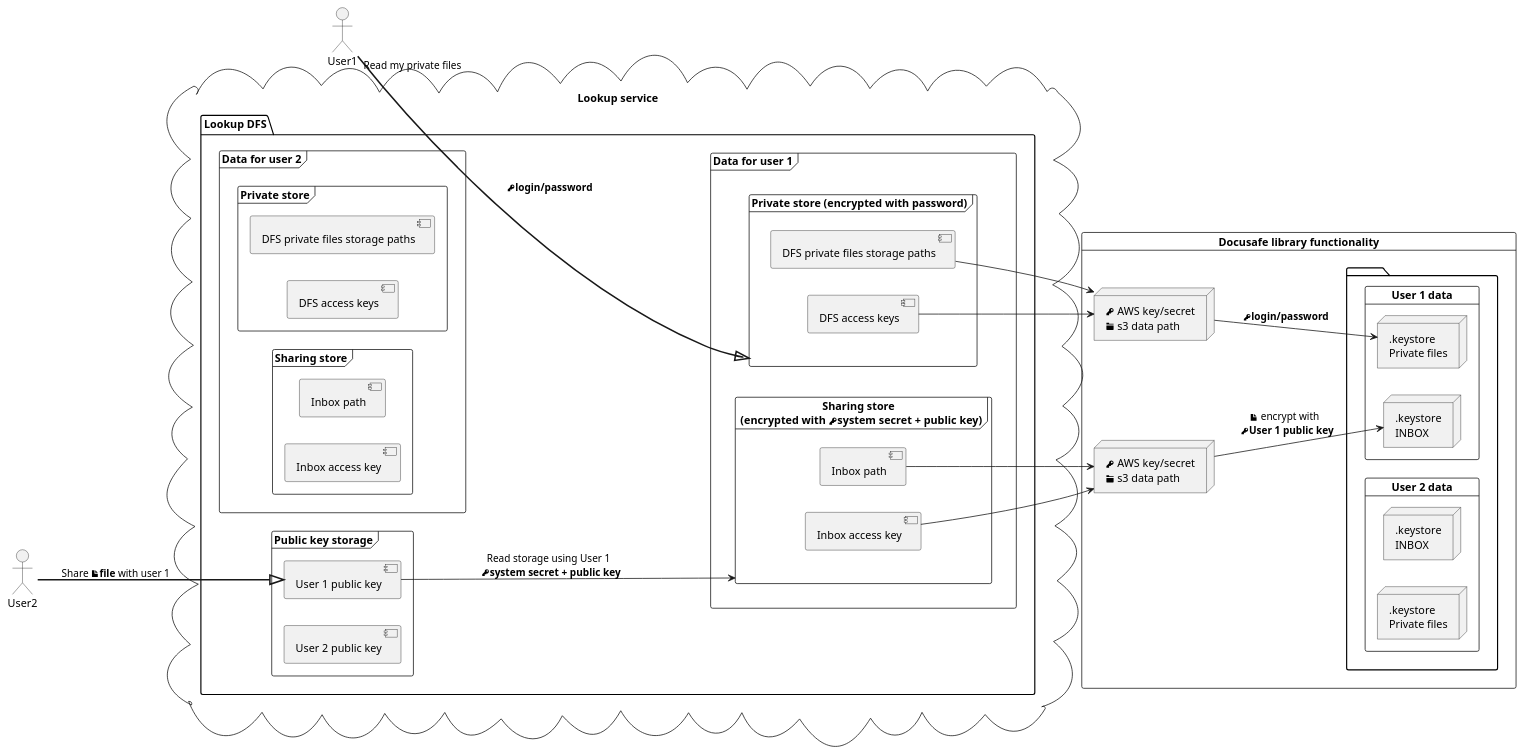
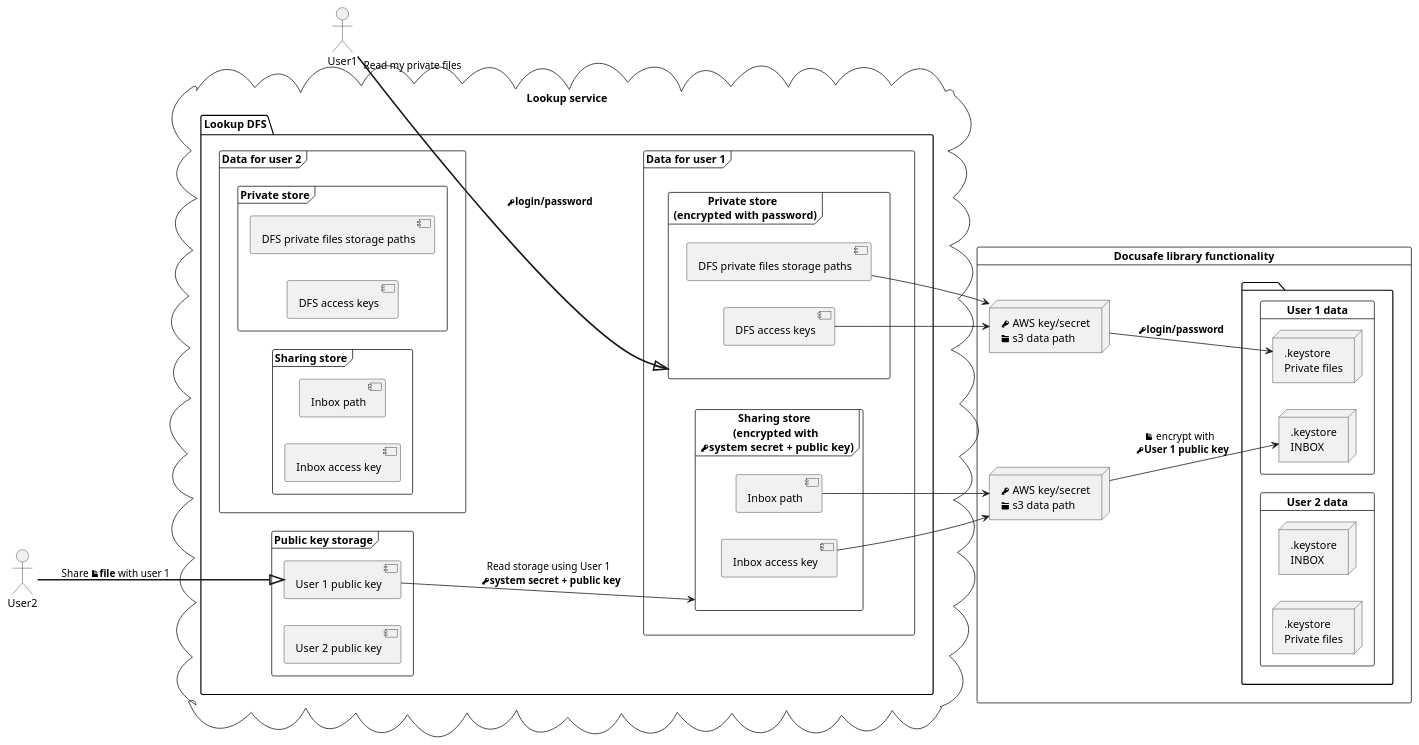
One commit to valb3r/docusafe changed the diagram in diagrams/generic_view.puml. Above: the diagram before and after it, drawn with PlantUML.

Commit message:
Update general view

```diff
--- a/diagrams/generic_view.puml
+++ b/diagrams/generic_view.puml
@@ -1,89 +1,89 @@
 @startuml
 cloud "Lookup service" {
   package "Lookup DFS" {
   left to right direction
     frame "Data for user 1" {
 
-      frame "Private store (encrypted with password)" as privateStoreUser1 {
+      frame "Private store \n (encrypted with password)" as privateStoreUser1 {
         [DFS private files storage paths] as mapPrivate1
         [DFS access keys] as privateAccessKey1
       }
 
-      frame "Sharing store \n (encrypted with **<&key>system secret + public key**)" as sharingStoreUser1 {
+      frame "Sharing store \n (encrypted with \n **<&key>system secret + public key**)" as sharingStoreUser1 {
         [Inbox path] as mapInbox1
         [Inbox access key] as publicAccessKey1
       }
     }
 
     frame "Data for user 2" {
 
       frame "Private store" as privateStoreUser2 {
         [DFS private files storage paths] as mapPrivate2
         [DFS access keys] as privateAccessKey2
       }
 
       frame "Sharing store" as sharingStoreUser2 {
         [Inbox path] as mapInbox2
         [Inbox access key] as publicAccessKey2
       }
     }
 
     frame "Public key storage" {
       left to right direction
       [User 1 public key] as user1publicKey
       [User 2 public key] as user2publicKey
     }
   }
 }
 
 actor User1 as user1
 actor User2 as user2
 
 card "Docusafe library functionality" {
-package {
-  card "User 1 data" as User1data {
-    node inboxUsr1 [
-      .keystore
-      INBOX
-    ]
-    node filesUsr1 [
-      .keystore
-      Private files
-    ]
+  package {
+    card "User 1 data" as User1data {
+      node inboxUsr1 [
+        .keystore
+        INBOX
+      ]
+      node filesUsr1 [
+        .keystore
+        Private files
+      ]
+    }
+
+    card "User 2 data" as User2data {
+      node inboxUsr2 [
+        .keystore
+        INBOX
+      ]
+      node filesUsr2 [
+        .keystore
+        Private files
+      ]
+    }
   }
 
-  card "User 2 data" as User2data {
-    node inboxUsr2 [
-      .keystore
-      INBOX
-    ]
-    node filesUsr2 [
-      .keystore
-      Private files
-    ]
-  }
-}
 
+  node user1privateFilesAccess [
+  <&key> AWS key/secret
+  <&folder> s3 data path
+  ]
 
-node user1privateFilesAccess [
-<&key> AWS key/secret
-<&folder> s3 data path
-]
+  user1 ==^ privateStoreUser1 : "Read my private files" **<&key>login/password**
+  mapPrivate1 --> user1privateFilesAccess
+  privateAccessKey1 --> user1privateFilesAccess
+  user1privateFilesAccess --> filesUsr1 :  **<&key>login/password**
 
-user1 ==^ privateStoreUser1 : "Read my private files" **<&key>login/password**
-mapPrivate1 --> user1privateFilesAccess
-privateAccessKey1 --> user1privateFilesAccess
-user1privateFilesAccess --> filesUsr1 :  **<&key>login/password**
+  node user2shareFilesAccess [
+  <&key> AWS key/secret
+  <&folder> s3 data path
+  ]
 
-node user2shareFilesAccess [
-<&key> AWS key/secret
-<&folder> s3 data path
-]
-
-user2 ==^ user1publicKey : Share **<&file>file** with user 1
-user1publicKey --> sharingStoreUser1 : Read storage using User 1 \n **<&key>system secret + public key**
-mapInbox1 --> user2shareFilesAccess
-publicAccessKey1 --> user2shareFilesAccess
-user2shareFilesAccess --> inboxUsr1 : <&file> encrypt with \n **<&key>User 1 public key**
+  user2 ==^ user1publicKey : Share **<&file>file** with user 1
+  user1publicKey --> sharingStoreUser1 : Read storage using User 1 \n **<&key>system secret + public key**
+  mapInbox1 --> user2shareFilesAccess
+  publicAccessKey1 --> user2shareFilesAccess
+  user2shareFilesAccess --> inboxUsr1 : <&file> encrypt with \n **<&key>User 1 public key**
 }
 @enduml
```
